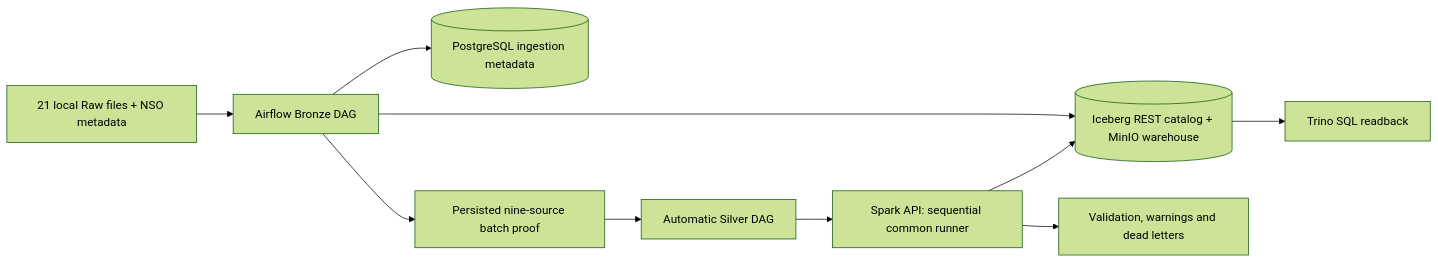
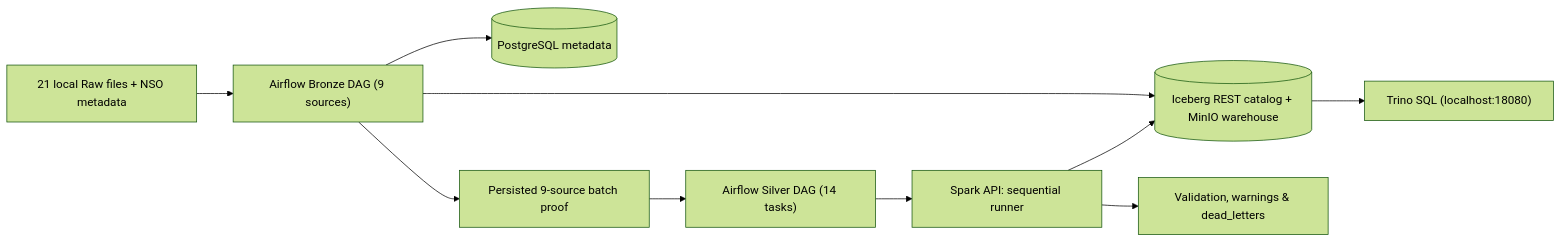
The diagram in docs/silver/architecture.md (ngochai62325-maker/TLCN), drawn with Mermaid (forest theme) before and after one commit. The commit also changed other lines of this file and 695 other files, not shown here.

````diff
--- a/docs/silver/architecture.md
+++ b/docs/silver/architecture.md
@@ -7,12 +5,12 @@
 ```mermaid
 flowchart LR
-    Raw[21 local Raw files + NSO metadata] --> Bronze[Airflow Bronze DAG]
-    Bronze --> PG[(PostgreSQL ingestion metadata)]
-    Bronze --> Iceberg[(Iceberg REST catalog + MinIO warehouse)]
-    Bronze --> Gate[Persisted nine-source batch proof]
-    Gate --> Silver[Automatic Silver DAG]
-    Silver --> API[Spark API: sequential common runner]
+    Raw["21 local Raw files + NSO metadata"] --> Bronze["Airflow Bronze DAG (9 sources)"]
+    Bronze --> PG[("PostgreSQL metadata")]
+    Bronze --> Iceberg[("Iceberg REST catalog + MinIO warehouse")]
+    Bronze --> Gate["Persisted 9-source batch proof"]
+    Gate --> Silver["Airflow Silver DAG (14 tasks)"]
+    Silver --> API["Spark API: sequential runner"]
     API --> Iceberg
-    Iceberg --> Trino[Trino SQL readback]
-    API --> DQ[Validation, warnings and dead letters]
+    Iceberg --> Trino["Trino SQL (localhost:18080)"]
+    API --> DQ["Validation, warnings & dead_letters"]
 ```
````
